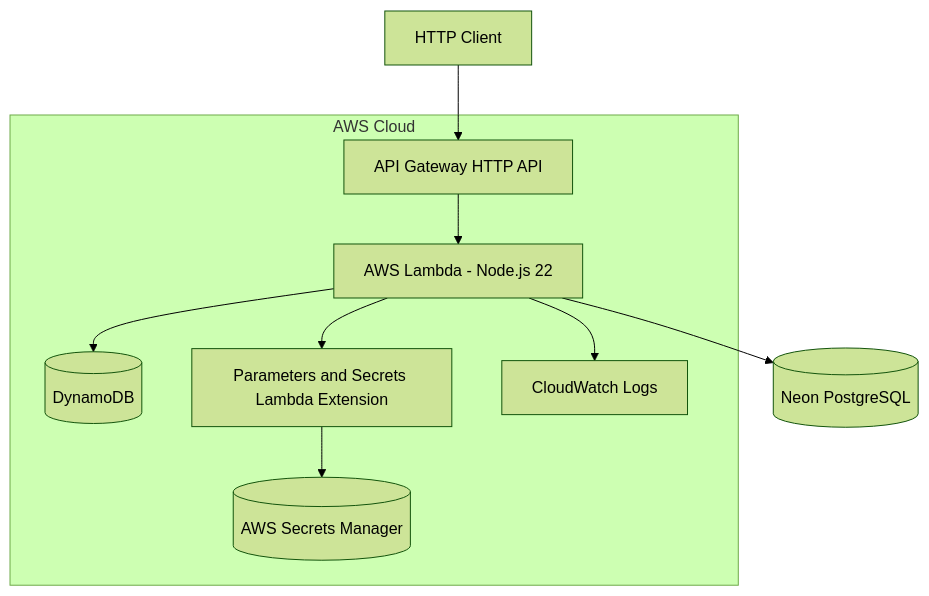
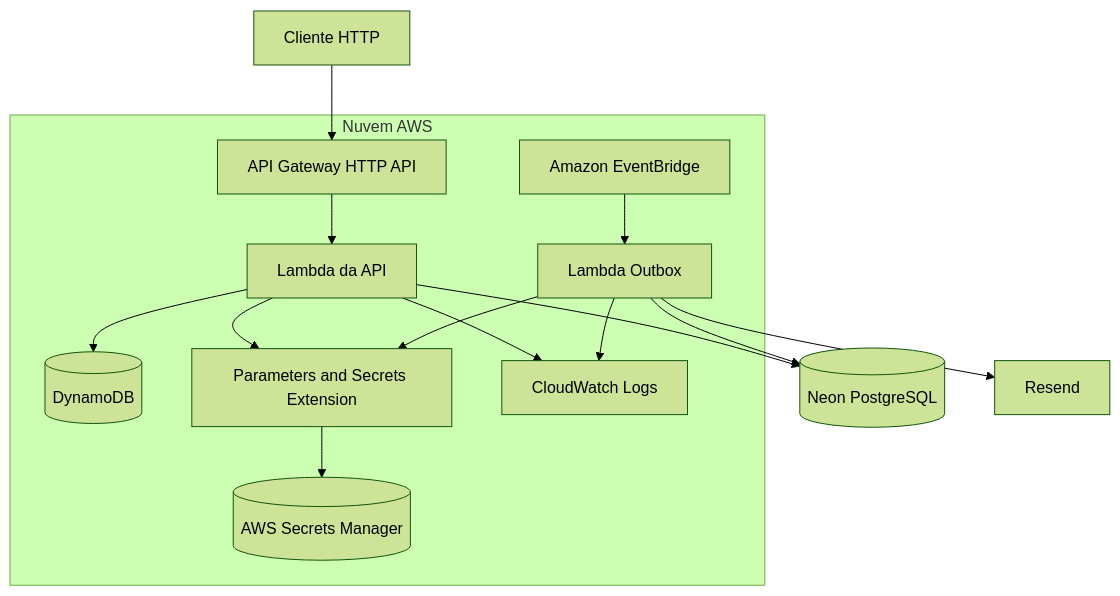
Before and after one commit to ffakira/orbis: the first of 2 diagrams in docs/deployment.md, drawn with Mermaid (forest theme). The commit also changed other lines of this file and 4 other files, not shown here.

````diff
--- a/docs/deployment.md
+++ b/docs/deployment.md
@@ -28,24 +28,31 @@
 ```mermaid
 flowchart TB
-    Client["HTTP Client"]
+    Client["Cliente HTTP"]
 
-    subgraph AWS["AWS Cloud"]
+    subgraph AWS["Nuvem AWS"]
         Gateway["API Gateway HTTP API"]
-        Lambda["AWS Lambda - Node.js 22"]
+        ApiLambda["Lambda da API"]
+        OutboxLambda["Lambda Outbox"]
+        Schedule["Amazon EventBridge"]
         DynamoDB[("DynamoDB")]
-        Extension["Parameters and Secrets Lambda Extension"]
+        Extension["Parameters and Secrets Extension"]
         Secrets[("AWS Secrets Manager")]
-        CloudWatch["CloudWatch Logs"]
+        Logs["CloudWatch Logs"]
     end
 
     Neon[("Neon PostgreSQL")]
+    Resend["Resend"]
 
     Client --> Gateway
-    Gateway --> Lambda
-
-    Lambda --> DynamoDB
-    Lambda --> Extension
+    Gateway --> ApiLambda
+    Schedule --> OutboxLambda
+    ApiLambda --> DynamoDB
+    ApiLambda --> Extension
+    OutboxLambda --> Extension
     Extension --> Secrets
-    Lambda --> CloudWatch
-    Lambda --> Neon
+    ApiLambda --> Neon
+    OutboxLambda --> Neon
+    OutboxLambda --> Resend
+    ApiLambda --> Logs
+    OutboxLambda --> Logs
 ```
````
